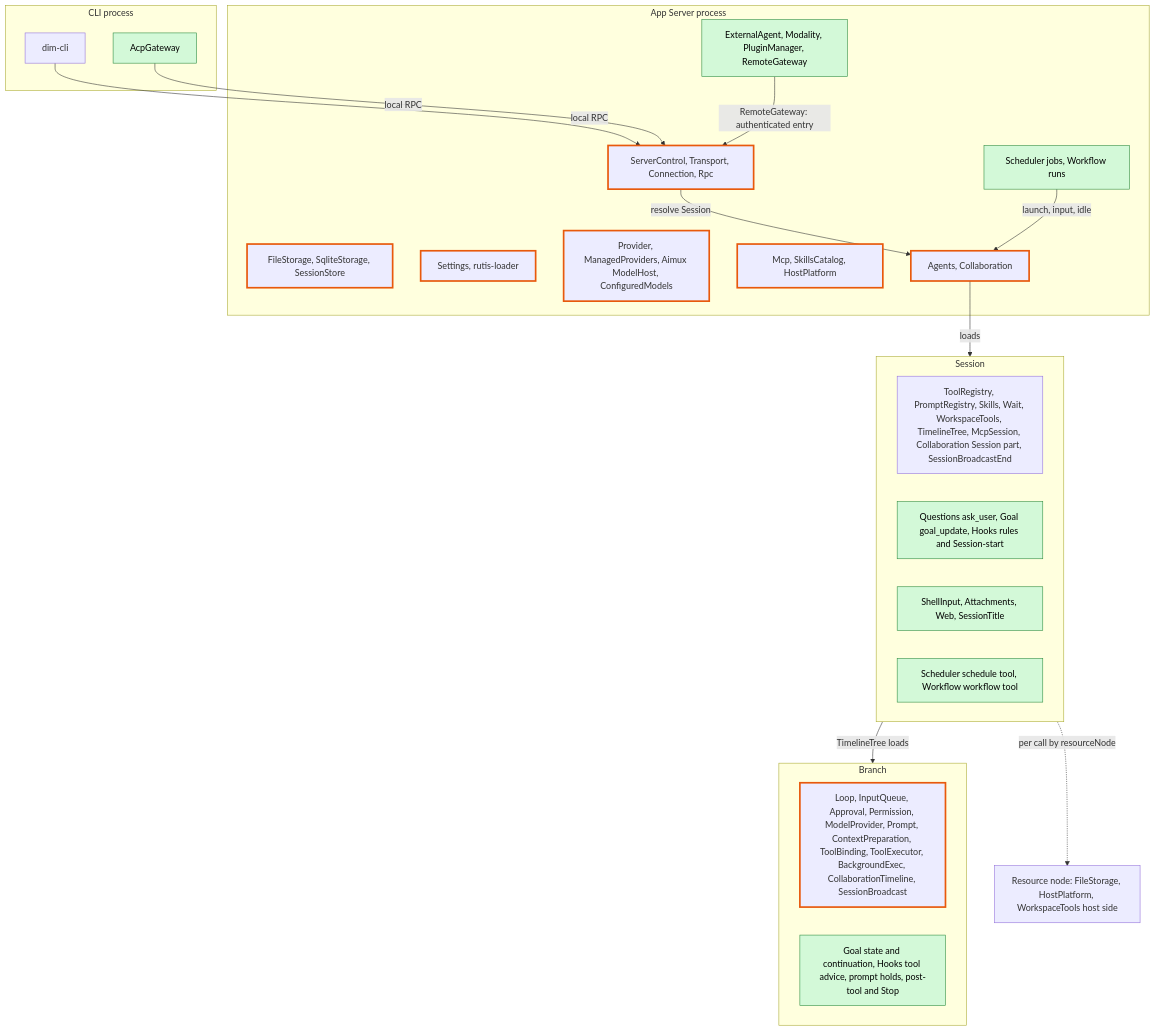
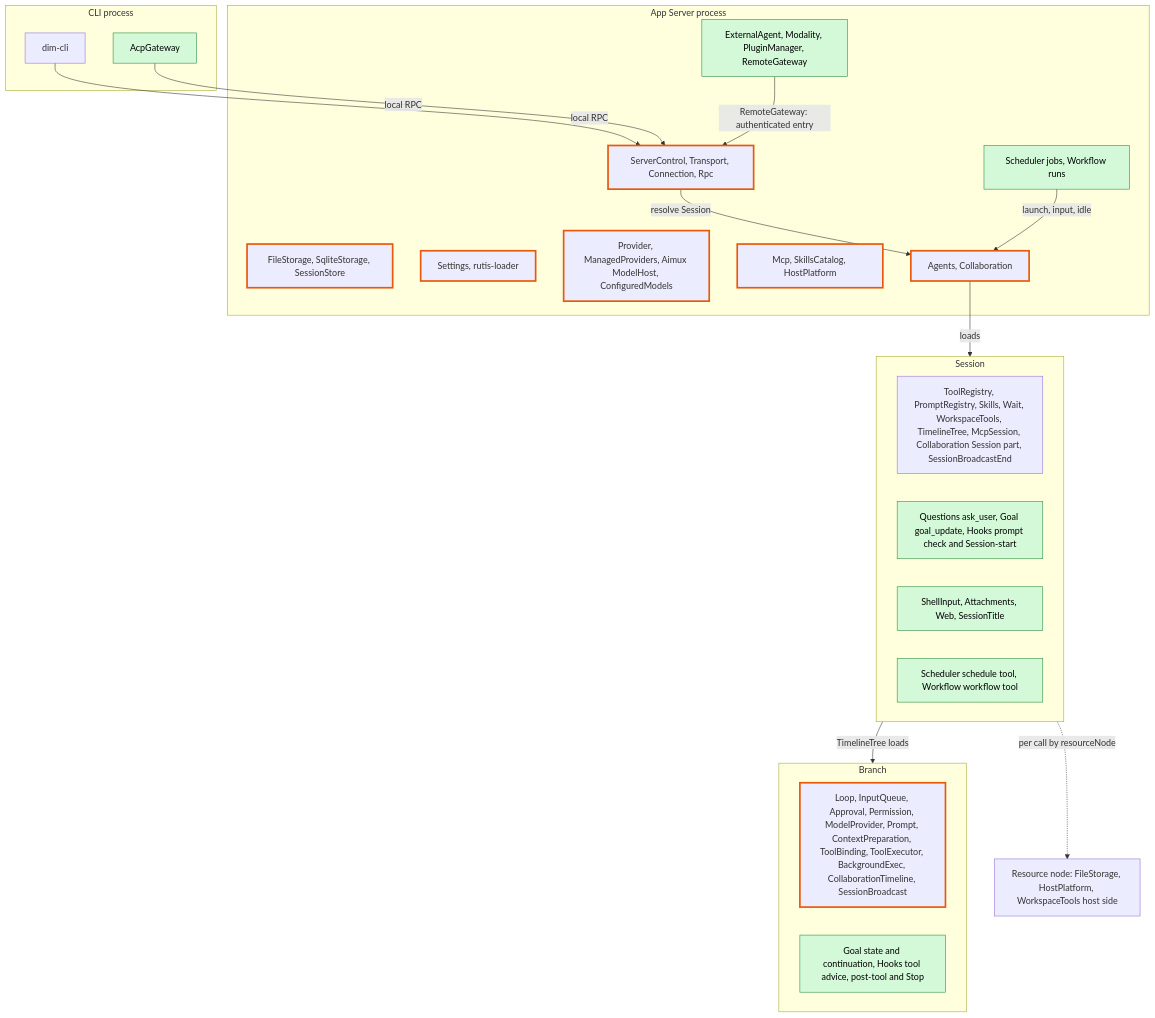
One commit to CoutinhoTTS/dim-agent changed the first of 8 diagrams in docs/design/overview.md. Above: the diagram before and after it, drawn with Mermaid. The commit also changed other lines of this file and 3 other files, not shown here.

````diff
--- a/docs/design/overview.md
+++ b/docs/design/overview.md
@@ -25,40 +25,40 @@
 ```mermaid
 flowchart TB
   classDef new fill:#d3f9d8,stroke:#2b8a3e,color:#000
   classDef changed stroke:#e8590c,stroke-width:3px
 
   subgraph CLIP["CLI process"]
     cli["dim-cli"]
     acp["AcpGateway"]:::new
   end
   subgraph PROC["App Server process"]
     entry["ServerControl, Transport, Connection, Rpc"]:::changed
     store["FileStorage, SqliteStorage, SessionStore"]:::changed
     cfg["Settings, rutis-loader"]:::changed
     models["Provider, ManagedProviders, Aimux ModelHost, ConfiguredModels"]:::changed
     cat["Mcp, SkillsCatalog, HostPlatform"]:::changed
     agents["Agents, Collaboration"]:::changed
     pnew["Scheduler jobs, Workflow runs"]:::new
     pext["ExternalAgent, Modality, PluginManager, RemoteGateway"]:::new
   end
   subgraph SES["Session"]
     sexist["ToolRegistry, PromptRegistry, Skills, Wait, WorkspaceTools, TimelineTree, McpSession, Collaboration Session part, SessionBroadcastEnd"]
-    snew1["Questions ask_user, Goal goal_update, Hooks rules and Session-start"]:::new
+    snew1["Questions ask_user, Goal goal_update, Hooks prompt check and Session-start"]:::new
     snew2["ShellInput, Attachments, Web, SessionTitle"]:::new
     snew3["Scheduler schedule tool, Workflow workflow tool"]:::new
   end
   subgraph BR["Branch"]
     bexist["Loop, InputQueue, Approval, Permission, ModelProvider, Prompt, ContextPreparation, ToolBinding, ToolExecutor, BackgroundExec, CollaborationTimeline, SessionBroadcast"]:::changed
-    bnew["Goal state and continuation, Hooks tool advice, prompt holds, post-tool and Stop"]:::new
+    bnew["Goal state and continuation, Hooks tool advice, post-tool and Stop"]:::new
   end
   rn["Resource node: FileStorage, HostPlatform, WorkspaceTools host side"]
 
   cli -->|"local RPC"| entry
   acp -->|"local RPC"| entry
   pext -->|"RemoteGateway: authenticated entry"| entry
   entry -->|"resolve Session"| agents
   agents -->|"loads"| SES
   SES -->|"TimelineTree loads"| BR
   pnew -->|"launch, input, idle"| agents
   SES -.->|"per call by resourceNode"| rn
 ```
````
